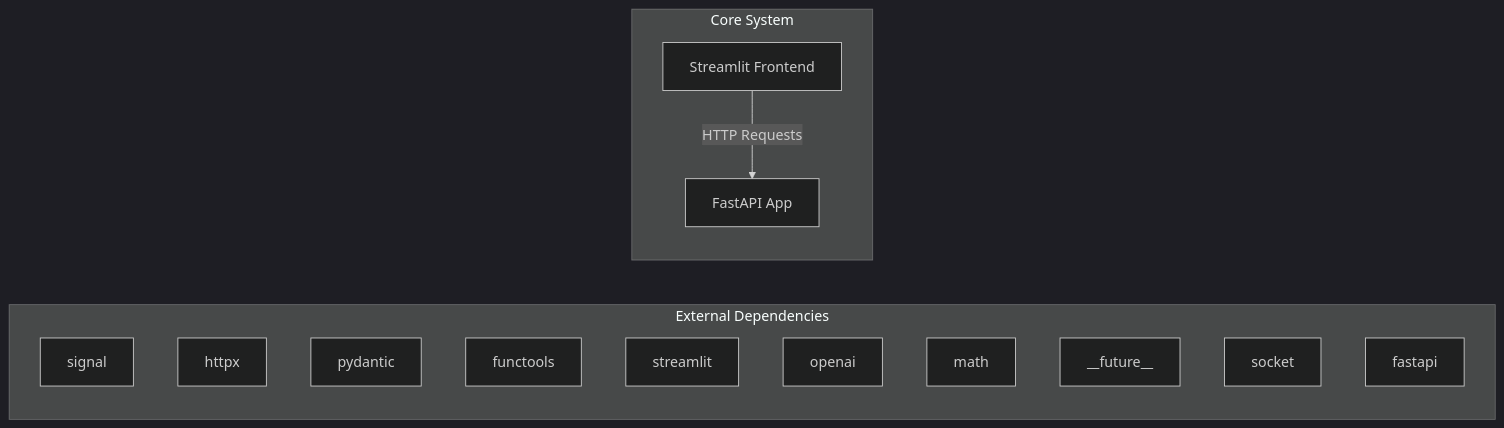
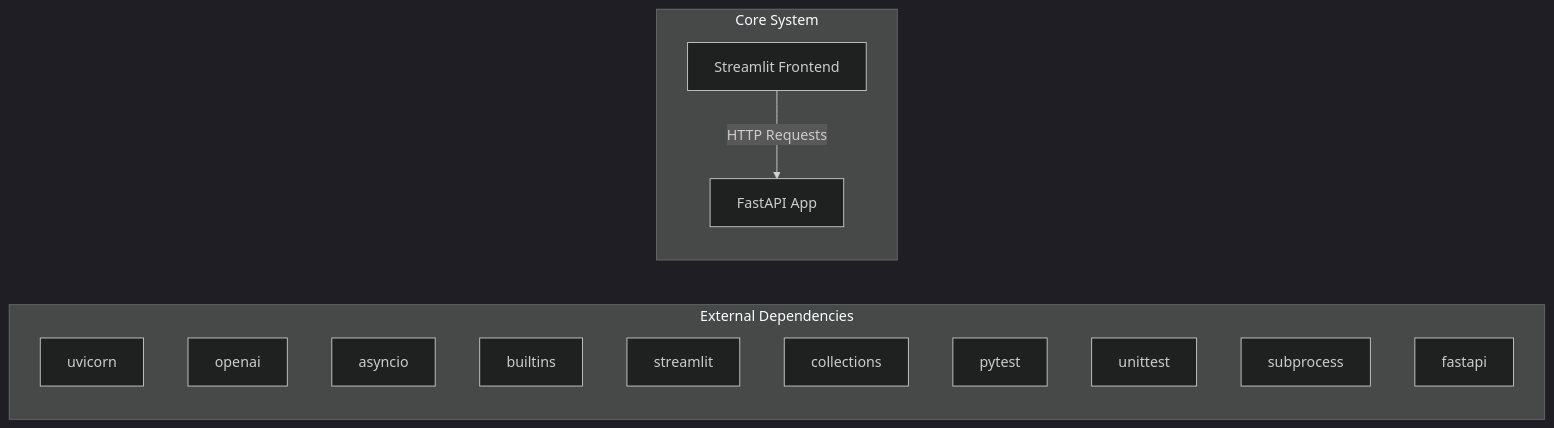
Before and after one commit to NITISH-R-G/rag-context-optimizer: the first of 2 diagrams in docs/architecture.md, drawn with Mermaid (dark theme). The commit also changed 1 other file, not shown here.

Commit message:
docs: auto-update repository knowledge, architecture diagrams, and documentation

````diff
--- a/docs/architecture.md
+++ b/docs/architecture.md
@@ -7,20 +7,20 @@
 ```mermaid
 graph LR
     subgraph External Dependencies
-        E0["signal"]
-        E1["httpx"]
-        E2["pydantic"]
-        E3["functools"]
+        E0["uvicorn"]
+        E1["openai"]
+        E2["asyncio"]
+        E3["builtins"]
         E4["streamlit"]
-        E5["openai"]
-        E6["math"]
-        E7["__future__"]
-        E8["socket"]
+        E5["collections"]
+        E6["pytest"]
+        E7["unittest"]
+        E8["subprocess"]
         E9["fastapi"]
     end
     subgraph Core System
         API["FastAPI App"]
         UI["Streamlit Frontend"]
     end
     UI -->|HTTP Requests| API
 ```
````
